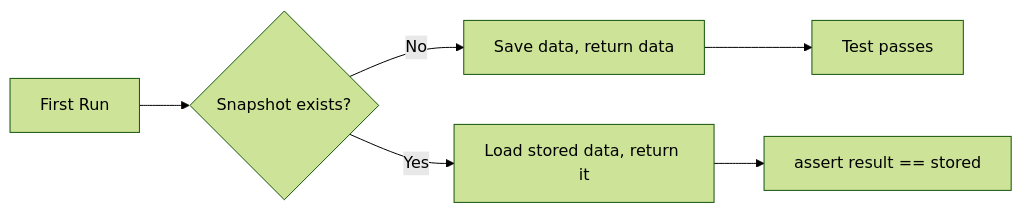
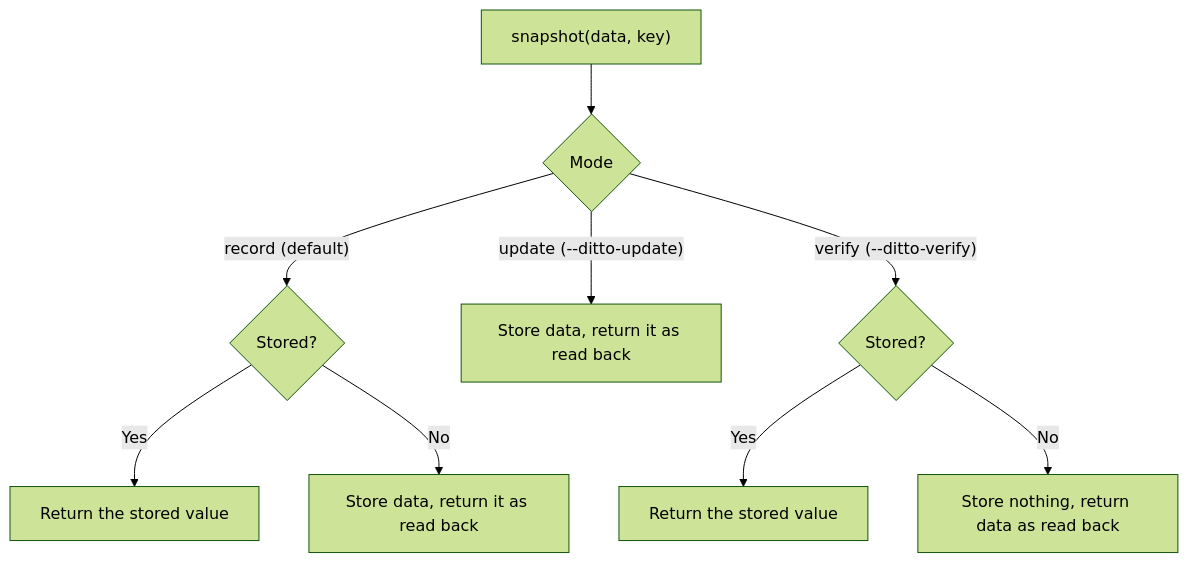
The diagram in docs/src/guides/snapshot-fixture.md (owlowlyowl/pytest-ditto), drawn with Mermaid (forest theme) before and after one commit. The commit also changed other lines of this file and 8 other files, not shown here.

````diff
--- a/docs/src/guides/snapshot-fixture.md
+++ b/docs/src/guides/snapshot-fixture.md
@@ -21,8 +31,11 @@
 ```mermaid
-graph LR
-    A[First Run] --> B{Snapshot exists?}
-    B -->|No| C[Save data, return data]
-    B -->|Yes| D[Load stored data, return it]
-    C --> E[Test passes]
-    D --> F[assert result == stored]
+graph TD
+    A["snapshot(data, key)"] --> B{Mode}
+    B -->|"record (default)"| C{Stored?}
+    C -->|Yes| D[Return the stored value]
+    C -->|No| E[Store data, return it as read back]
+    B -->|"update (--ditto-update)"| F[Store data, return it as read back]
+    B -->|"verify (--ditto-verify)"| G{Stored?}
+    G -->|Yes| H[Return the stored value]
+    G -->|No| I[Store nothing, return data as read back]
 ```
````
